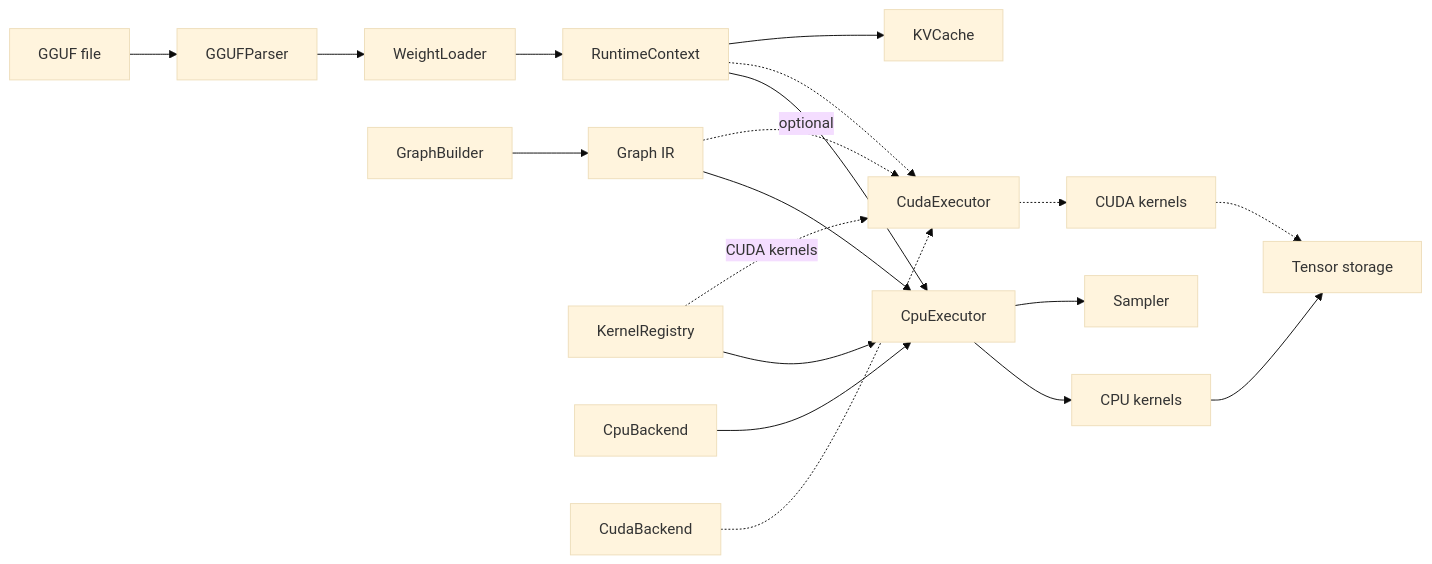
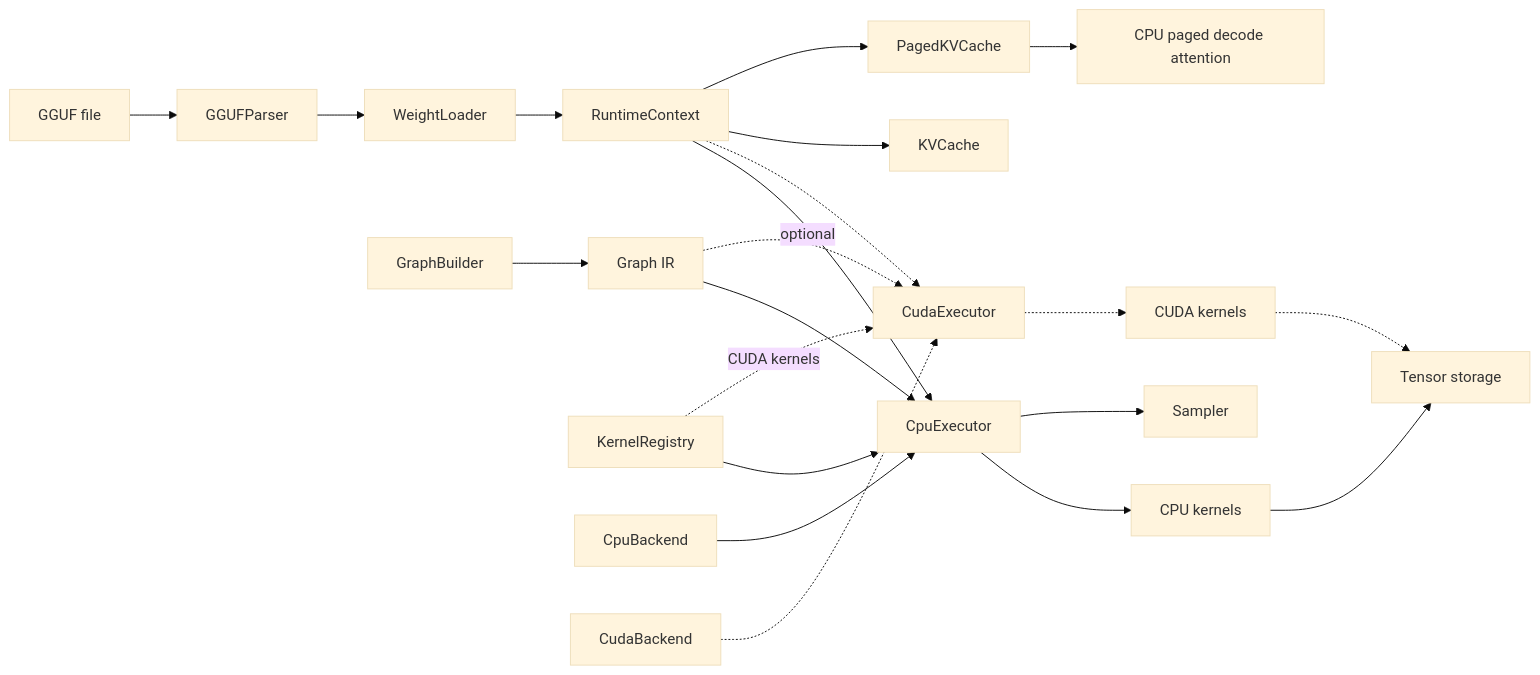
One commit to plutoaac/llmengine changed the diagram in README.md. Above: the diagram before and after it, drawn with Mermaid (base theme). The commit also changed other lines of this file and 6 other files, not shown here.

Commit message:
Add paged KV cache reference attention

````diff
--- a/README.md
+++ b/README.md
@@ -20,23 +21,25 @@
 ```mermaid
 flowchart LR
     GGUF["GGUF file"] --> Parser["GGUFParser"]
     Parser --> Loader["WeightLoader"]
     Loader --> Context["RuntimeContext"]
 
     Builder["GraphBuilder"] --> Graph["Graph IR"]
     Graph --> Executor["CpuExecutor"]
     Graph -. "optional" .-> CudaExecutor["CudaExecutor"]
     Registry["KernelRegistry"] --> Executor
     Registry -. "CUDA kernels" .-> CudaExecutor
     Backend["CpuBackend"] --> Executor
     CudaBackend["CudaBackend"] -.-> CudaExecutor
     Context --> Executor
     Context -.-> CudaExecutor
 
     Executor --> Kernels["CPU kernels"]
     CudaExecutor -.-> CudaKernels["CUDA kernels"]
     Context --> KV["KVCache"]
+    Context --> PagedKV["PagedKVCache"]
     Kernels --> Tensor["Tensor storage"]
+    PagedKV --> PagedAttn["CPU paged decode attention"]
     CudaKernels -.-> Tensor
     Executor --> Sampler["Sampler"]
 ```
````
